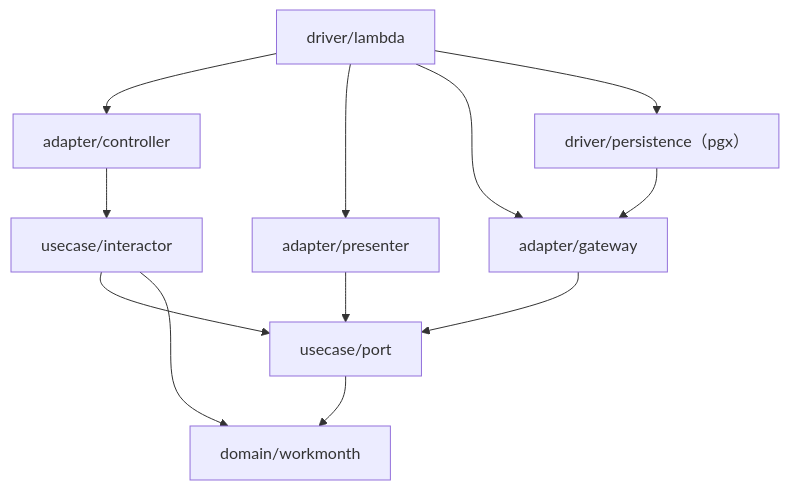
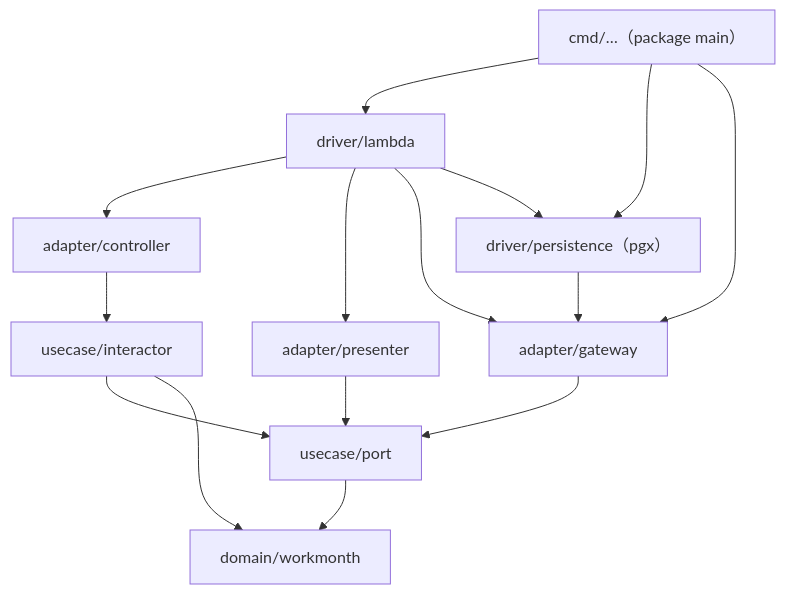
The diagram in docs/specs/workmonth-implementation-design.md (h-k741953/effort-tracker), drawn with Mermaid before and after one commit. The commit also changed other lines of this file, not shown here.

First line of the commit message:
docs: エントリポイント（package main）の受け入れ条件を起こす

````diff
--- a/docs/specs/workmonth-implementation-design.md
+++ b/docs/specs/workmonth-implementation-design.md
@@ -107,14 +118,17 @@
 ```mermaid
 graph TD
+    M["cmd/…（package main）"] --> L
+    M --> PE
+    M --> G
     L["driver/lambda"] --> C["adapter/controller"]
     L --> PR["adapter/presenter"]
     L --> G["adapter/gateway"]
     L --> PE["driver/persistence（pgx）"]
     PE --> G
     C --> I["usecase/interactor"]
     PR --> P["usecase/port"]
     G --> P
     I --> P
     I --> D["domain/workmonth"]
     P --> D
 ```
````
